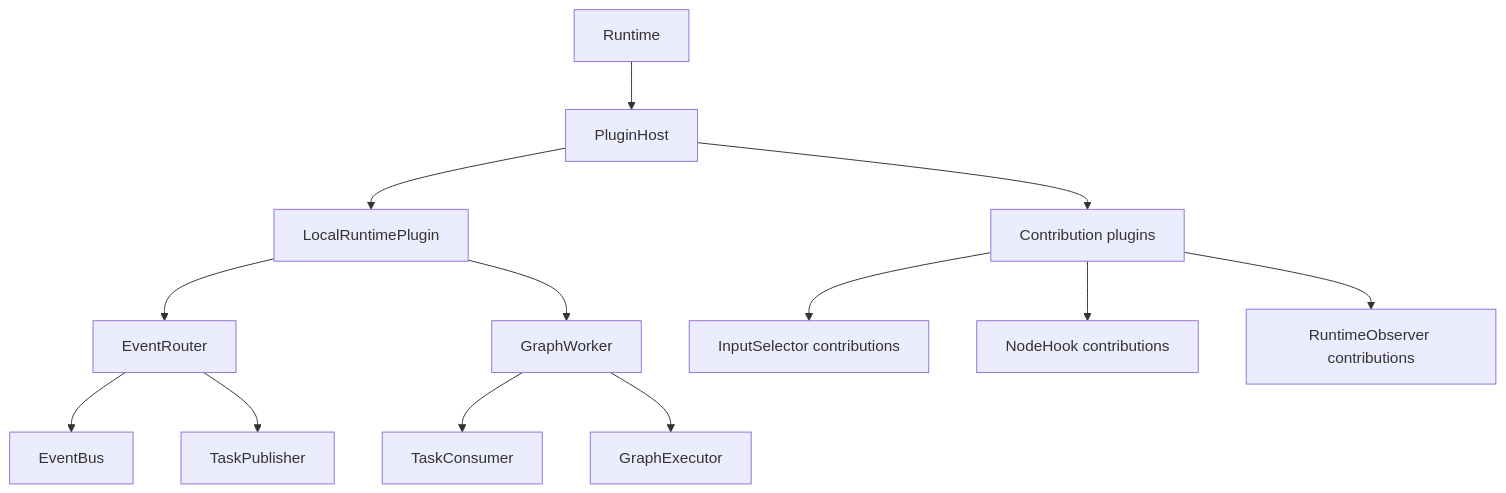
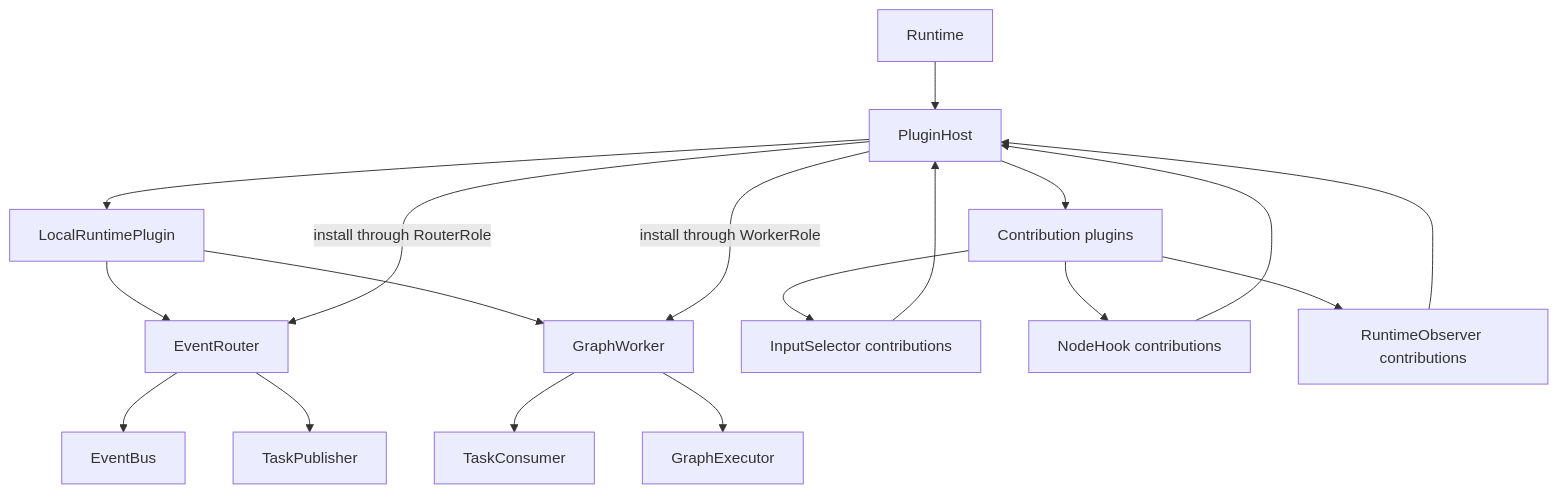
Before and after one commit to KKKKKKKEM/interlace: the second of 5 diagrams in docs/06-runtime-architecture.md, drawn with Mermaid. The commit also changed other lines of this file and 37 other files, not shown here.

````diff
--- a/docs/06-runtime-architecture.md
+++ b/docs/06-runtime-architecture.md
@@ -86,17 +87,22 @@
 ```mermaid
 flowchart TB
     Runtime --> Host[PluginHost]
     Host --> Local[LocalRuntimePlugin]
     Host --> Contributions[Contribution plugins]
 
     Local --> Router[EventRouter]
     Local --> Worker[GraphWorker]
     Router --> Bus[EventBus]
     Router --> Publisher[TaskPublisher]
     Worker --> Consumer[TaskConsumer]
     Worker --> Executor[GraphExecutor]
 
     Contributions --> Selectors[InputSelector contributions]
     Contributions --> Hooks[NodeHook contributions]
     Contributions --> Observers[RuntimeObserver contributions]
+    Selectors --> Host
+    Hooks --> Host
+    Observers --> Host
+    Host -->|install through WorkerRole| Worker
+    Host -->|install through RouterRole| Router
 ```
````
